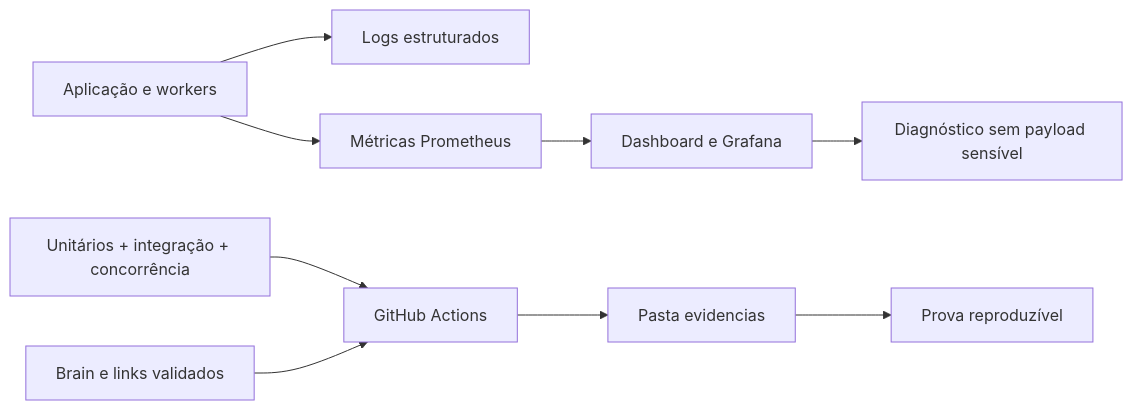
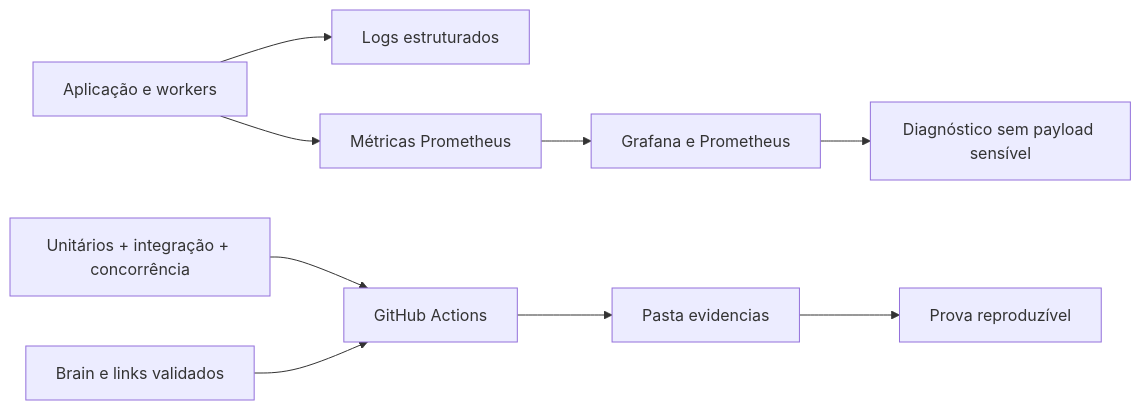
The ninth of 11 diagrams in ARCHITECTURE.md (renansko/jugle-gaming-test), drawn with Mermaid before and after one commit. The commit also changed other lines of this file and 10 other files, not shown here.

````diff
--- a/ARCHITECTURE.md
+++ b/ARCHITECTURE.md
@@ -342,11 +342,11 @@
 ```mermaid
 flowchart LR
     App["Aplicação e workers"] --> Logs["Logs estruturados"]
     App --> Metrics["Métricas Prometheus"]
-    Metrics --> Dashboard["Dashboard e Grafana"]
+    Metrics --> Grafana["Grafana e Prometheus"]
     Tests["Unitários + integração + concorrência"] --> CI["GitHub Actions"]
     Brain["Brain e links validados"] --> CI
     CI --> Evidence["Pasta evidencias"]
-    Dashboard --> Operator["Diagnóstico sem payload sensível"]
+    Grafana --> Operator["Diagnóstico sem payload sensível"]
     Evidence --> Reviewer["Prova reproduzível"]
 ```
````
